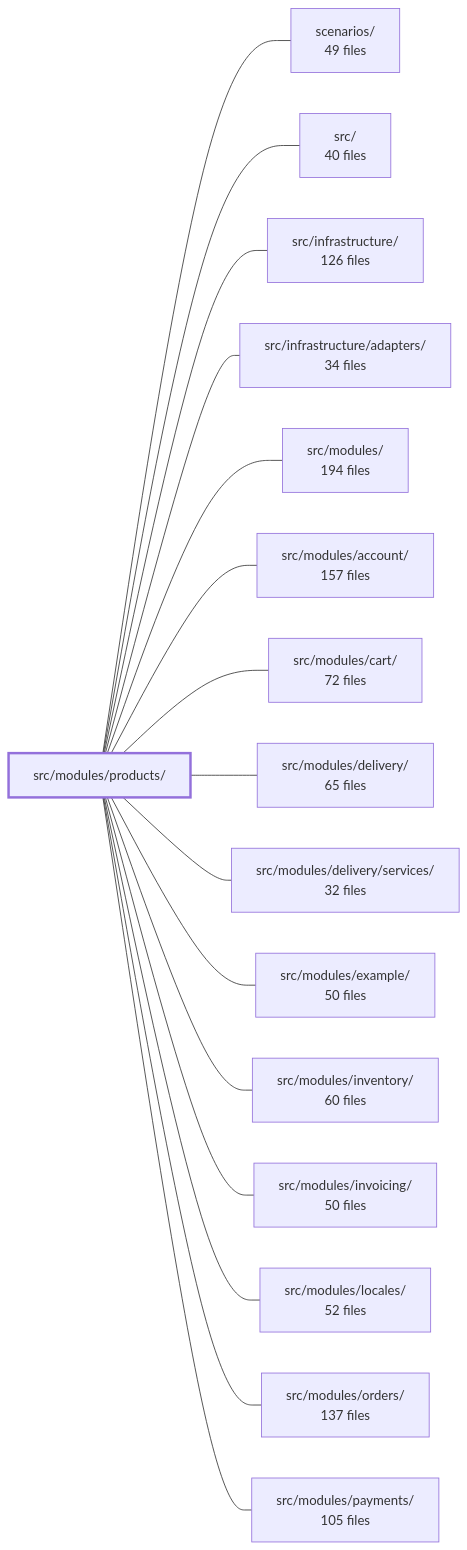
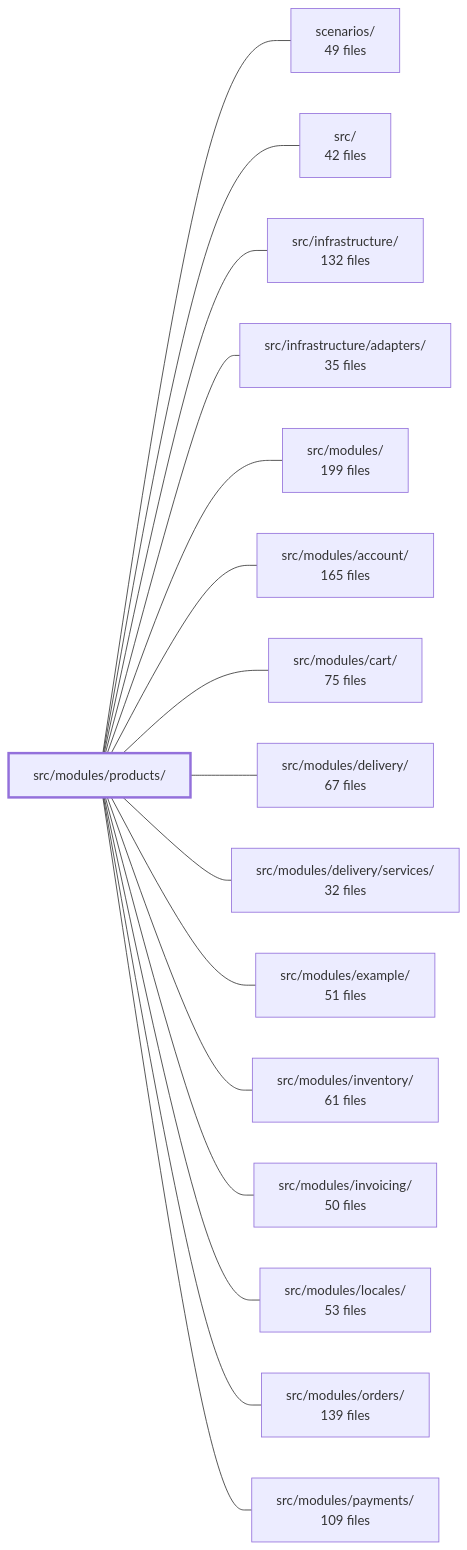
Before and after one commit to Guebbit/boilerplate-node-backend: the diagram in .2brain/modules/boilerplate-node-backend_src_modules_products.md, drawn with Mermaid. The commit also changed other lines of this file and 1102 other files, not shown here.

````diff
--- a/.2brain/modules/boilerplate-node-backend_src_modules_products.md
+++ b/.2brain/modules/boilerplate-node-backend_src_modules_products.md
@@ -46,35 +46,35 @@
 ```mermaid
 flowchart LR
     m_src_modules_products["src/modules/products/"]
     m_scenarios["scenarios/<br/>49 files"]
-    m_src["src/<br/>40 files"]
-    m_src_infrastructure["src/infrastructure/<br/>126 files"]
-    m_src_infrastructure_adapters["src/infrastructure/adapters/<br/>34 files"]
-    m_src_modules["src/modules/<br/>194 files"]
-    m_src_modules_account["src/modules/account/<br/>157 files"]
-    m_src_modules_cart["src/modules/cart/<br/>72 files"]
-    m_src_modules_delivery["src/modules/delivery/<br/>65 files"]
+    m_src["src/<br/>42 files"]
+    m_src_infrastructure["src/infrastructure/<br/>132 files"]
+    m_src_infrastructure_adapters["src/infrastructure/adapters/<br/>35 files"]
+    m_src_modules["src/modules/<br/>199 files"]
+    m_src_modules_account["src/modules/account/<br/>165 files"]
+    m_src_modules_cart["src/modules/cart/<br/>75 files"]
+    m_src_modules_delivery["src/modules/delivery/<br/>67 files"]
     m_src_modules_delivery_services["src/modules/delivery/services/<br/>32 files"]
-    m_src_modules_example["src/modules/example/<br/>50 files"]
-    m_src_modules_inventory["src/modules/inventory/<br/>60 files"]
+    m_src_modules_example["src/modules/example/<br/>51 files"]
+    m_src_modules_inventory["src/modules/inventory/<br/>61 files"]
     m_src_modules_invoicing["src/modules/invoicing/<br/>50 files"]
-    m_src_modules_locales["src/modules/locales/<br/>52 files"]
-    m_src_modules_orders["src/modules/orders/<br/>137 files"]
-    m_src_modules_payments["src/modules/payments/<br/>105 files"]
+    m_src_modules_locales["src/modules/locales/<br/>53 files"]
+    m_src_modules_orders["src/modules/orders/<br/>139 files"]
+    m_src_modules_payments["src/modules/payments/<br/>109 files"]
     m_src_modules_products --- m_scenarios
     m_src_modules_products --- m_src
     m_src_modules_products --- m_src_infrastructure
     m_src_modules_products --- m_src_infrastructure_adapters
     m_src_modules_products --- m_src_modules
     m_src_modules_products --- m_src_modules_account
     m_src_modules_products --- m_src_modules_cart
     m_src_modules_products --- m_src_modules_delivery
     m_src_modules_products --- m_src_modules_delivery_services
     m_src_modules_products --- m_src_modules_example
     m_src_modules_products --- m_src_modules_inventory
     m_src_modules_products --- m_src_modules_invoicing
     m_src_modules_products --- m_src_modules_locales
     m_src_modules_products --- m_src_modules_orders
     m_src_modules_products --- m_src_modules_payments
     style m_src_modules_products stroke-width:3px
 ```
````
